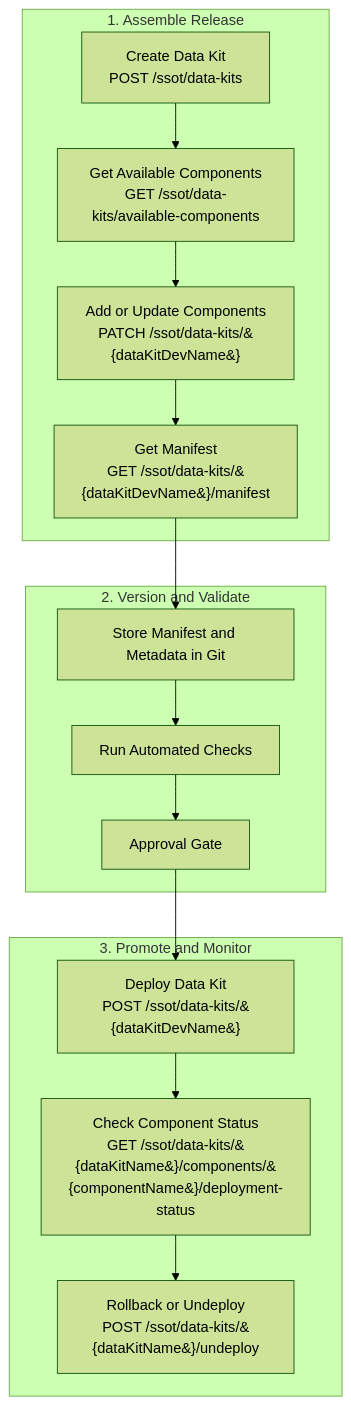
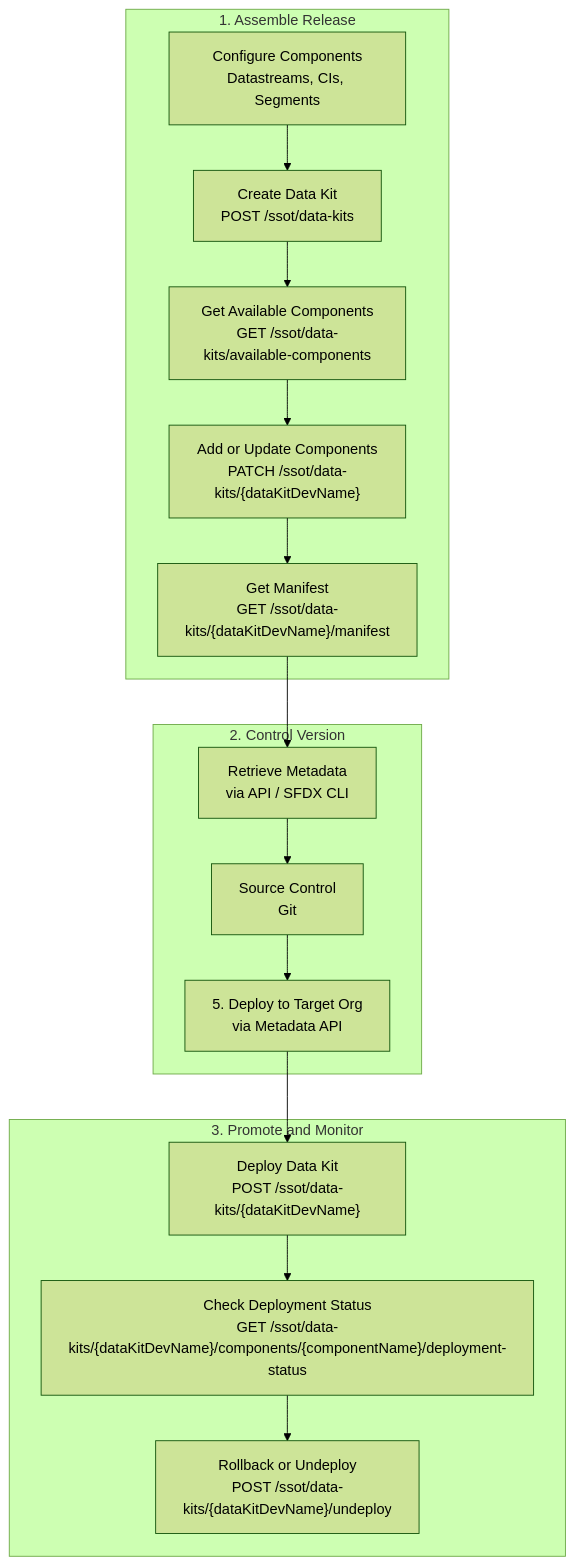
The second of 2 diagrams in src/content/blog/managing-environment-strategy-and-devops-for-data-360.mdx (hipoliciak/modrzejewski_it_website), drawn with Mermaid (forest theme) before and after one commit. The commit also changed other lines of this file, not shown here.

Commit message:
Fixed mermaid chart

````diff
--- a/src/content/blog/managing-environment-strategy-and-devops-for-data-360.mdx
+++ b/src/content/blog/managing-environment-strategy-and-devops-for-data-360.mdx
@@ -101,27 +118,28 @@
 ```mermaid
 flowchart TB
     subgraph Build[1. Assemble Release]
-        A[Create Data Kit<br/>POST /ssot/data-kits]
-        B[Get Available Components<br/>GET /ssot/data-kits/available-components]
-        C[Add or Update Components<br/>PATCH /ssot/data-kits/&#123;dataKitDevName&#125;]
-        D[Get Manifest<br/>GET /ssot/data-kits/&#123;dataKitDevName&#125;/manifest]
-        A --> B --> C --> D
+        A[Configure Components<br/>Datastreams, CIs, Segments]
+        B["Create Data Kit<br/>POST /ssot/data-kits"]
+        C["Get Available Components<br/>GET /ssot/data-kits/available-components"]
+        D["Add or Update Components<br/>PATCH /ssot/data-kits/{dataKitDevName}"]
+        E["Get Manifest<br/>GET /ssot/data-kits/{dataKitDevName}/manifest"]
+        A --> B --> C --> D --> E
     end
 
-    subgraph SourceControl[2. Version and Validate]
-        E[Store Manifest and Metadata in Git]
-        F[Run Automated Checks]
-        G[Approval Gate]
-        E --> F --> G
+    subgraph SourceControl[2. Control Version]
+        F["Retrieve Metadata<br/>via API / SFDX CLI"]
+        G["Source Control<br/>Git"]
+        H["5. Deploy to Target Org<br/>via Metadata API"]
+        F --> G --> H
     end
 
     subgraph Deploy[3. Promote and Monitor]
-        H[Deploy Data Kit<br/>POST /ssot/data-kits/&#123;dataKitDevName&#125;]
-        I[Check Component Status<br/>GET /ssot/data-kits/&#123;dataKitName&#125;/components/&#123;componentName&#125;/deployment-status]
-        J[Rollback or Undeploy<br/>POST /ssot/data-kits/&#123;dataKitName&#125;/undeploy]
-        H --> I --> J
+        I["Deploy Data Kit<br/>POST /ssot/data-kits/{dataKitDevName}"]
+        J["Check Deployment Status<br/>GET /ssot/data-kits/{dataKitDevName}/components/{componentName}/deployment-status"]
+        K["Rollback or Undeploy<br/>POST /ssot/data-kits/{dataKitDevName}/undeploy"]
+        I --> J --> K
     end
 
-    D --> E
-    G --> H
+    E --> F
+    H --> I
 ```
````
